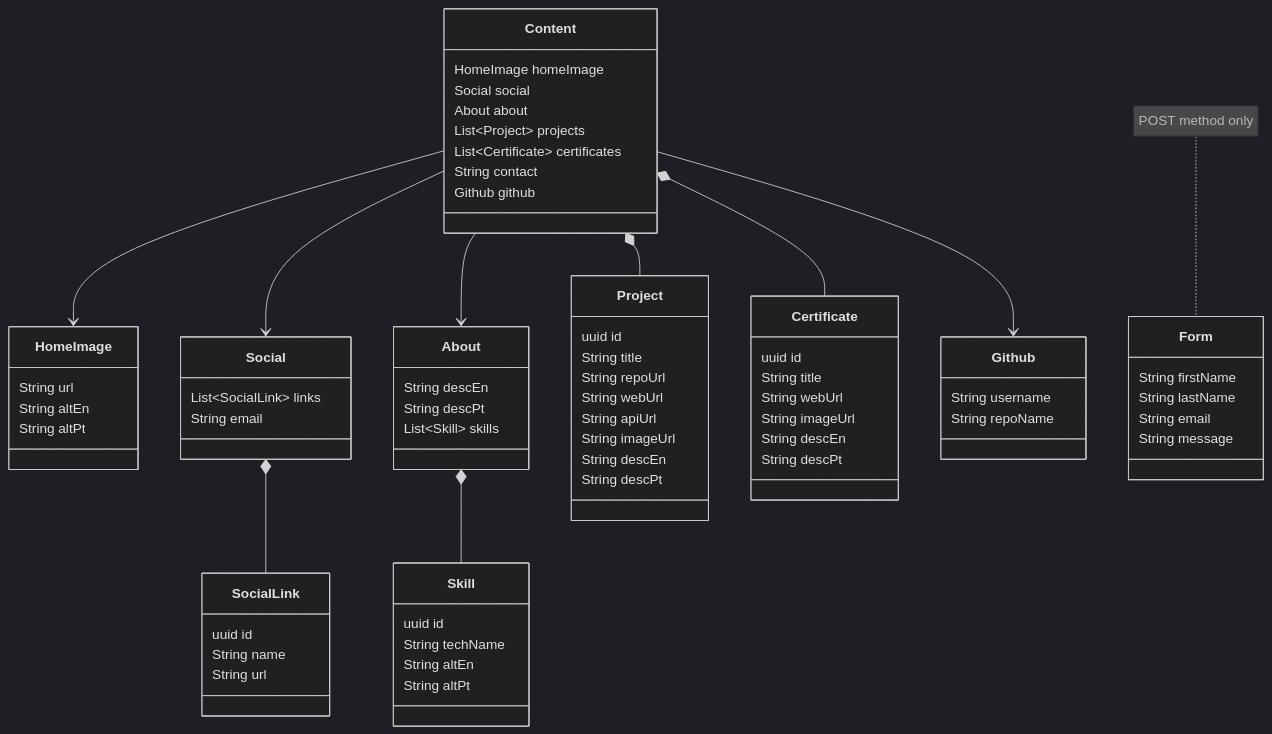
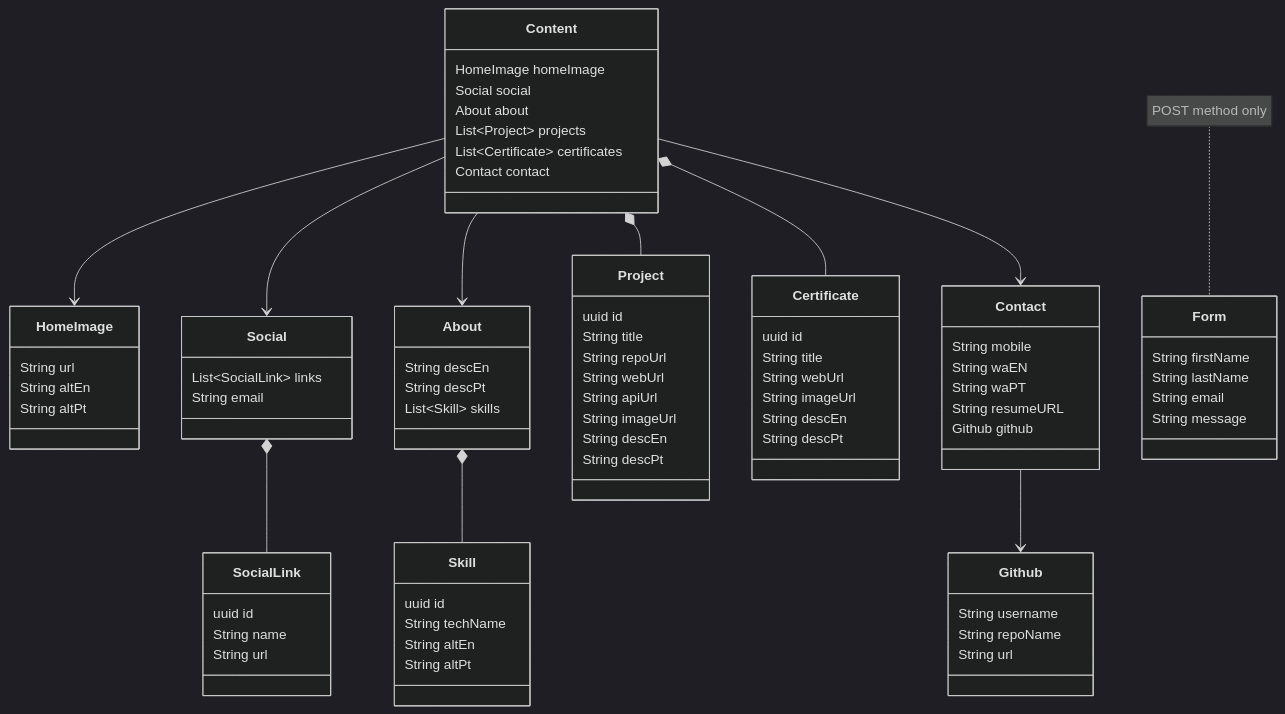
The diagram in README.md (wesleybritovlk/portfolio), drawn with Mermaid (dark theme) before and after one commit. The commit also changed other lines of this file and 25 other files, not shown here.

First line of the commit message:
feat: Contact and Github component adjustments and integration of the backend

```diff
--- a/README.md
+++ b/README.md
@@ -94,17 +94,17 @@
     Content --> About
     Content *-- Project
     Content *-- Certificate
-    Content --> Github
+    Content --> Contact
     Social *-- SocialLink
     About *-- Skill
+    Contact --> Github
     class Content {
         HomeImage homeImage
         Social social
         About about
         List~Project~ projects
         List~Certificate~ certificates
-        String contact
-        Github github
+        Contact contact
     }
     class HomeImage {
         String url
@@ -149,9 +149,17 @@
         String descEn
         String descPt
     }
+    class Contact {
+        String mobile
+        String waEN
+        String waPT
+        String resumeURL
+        Github github
+    }
     class Github {
         String username
         String repoName
+        String url
     }
 
     note for Form "POST method only"
```
